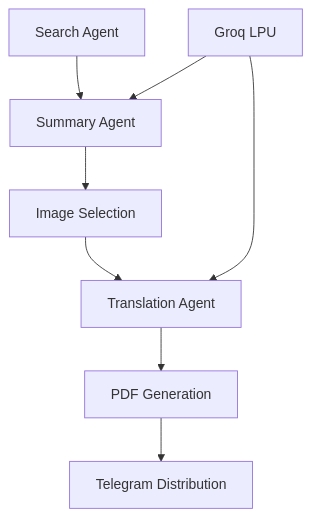
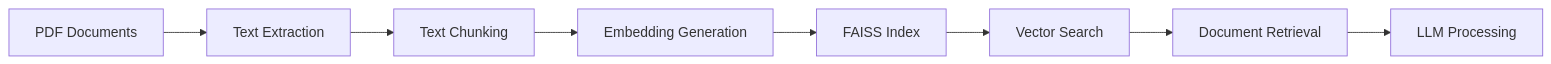
One commit to merciless-admiral-3083/Expedien_RAG changed the second of 2 diagrams in README.md. Above: the diagram before and after it, drawn with Mermaid. The commit also changed other lines of this file, not shown here.

````diff
--- a/README.md
+++ b/README.md
@@ -117,11 +164,10 @@
 ```mermaid
-graph TD
-    A[Search Agent] --> B[Summary Agent]
-    B --> C[Image Selection]
-    C --> D[Translation Agent]
-    D --> E[PDF Generation]
-    E --> F[Telegram Distribution]
-    
-    G[Groq LPU] --> B
-    G --> D
+graph LR
+    A[PDF Documents] --> B[Text Extraction]
+    B --> C[Text Chunking]
+    C --> D[Embedding Generation]
+    D --> E[FAISS Index]
+    E --> F[Vector Search]
+    F --> G[Document Retrieval]
+    G --> H[LLM Processing]
 ```
````
